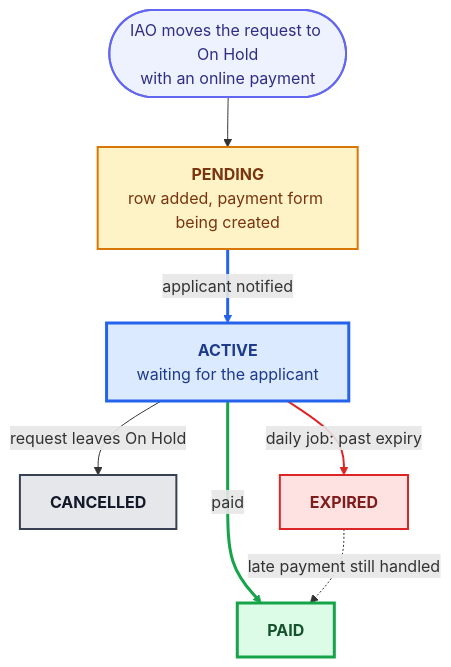
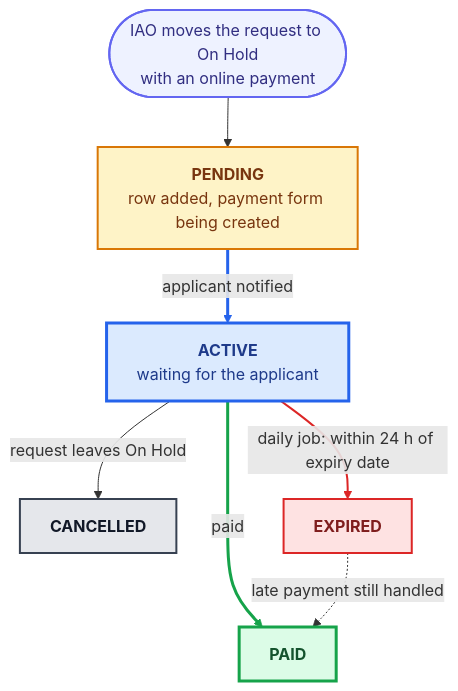
Before and after one commit to bcgov/foi-flow: the third of 3 diagrams in docs/foi-n8n-integration-developer-guide.md, drawn with Mermaid. The commit also changed other lines of this file and 6 other files, not shown here.

````diff
--- a/docs/foi-n8n-integration-developer-guide.md
+++ b/docs/foi-n8n-integration-developer-guide.md
@@ -185,20 +185,20 @@
 ```mermaid
 flowchart TB
     S(["IAO moves the request to On Hold<br/>with an online payment"]):::start --> P
     P["<b>PENDING</b><br/>row added, payment form being created"]:::pending ==>|"applicant notified"| A
     A["<b>ACTIVE</b><br/>waiting for the applicant"]:::active
     A ==>|"paid"| PD["<b>PAID</b>"]:::paid
     A -->|"request leaves On Hold"| CN["<b>CANCELLED</b>"]:::cancelled
-    A -->|"daily job: past expiry"| EX["<b>EXPIRED</b>"]:::expired
+    A -->|"daily job: within 24 h of expiry date"| EX["<b>EXPIRED</b>"]:::expired
     EX -. "late payment still handled" .-> PD
 
     classDef start fill:#eef2ff,stroke:#6366f1,color:#312e81,stroke-width:2px
     classDef pending fill:#fef3c7,stroke:#d97706,color:#78350f,stroke-width:2px
     classDef active fill:#dbeafe,stroke:#2563eb,color:#1e3a8a,stroke-width:3px
     classDef paid fill:#dcfce7,stroke:#16a34a,color:#14532d,stroke-width:3px
     classDef cancelled fill:#e5e7eb,stroke:#374151,color:#111827,stroke-width:2px
     classDef expired fill:#fee2e2,stroke:#dc2626,color:#7f1d1d,stroke-width:2px
     linkStyle 1 stroke:#2563eb,stroke-width:3px
     linkStyle 2 stroke:#16a34a,stroke-width:3px
     linkStyle 4 stroke:#dc2626,stroke-width:2px
 ```
````
